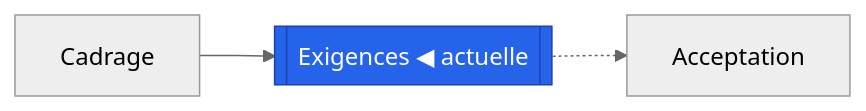
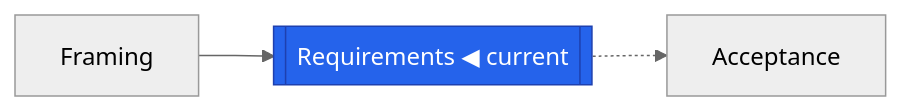
The first of 2 diagrams in docs/preview-probe.md (ng-galien/spec-loop), drawn with Mermaid (neutral theme) before and after one commit. The commit also changed other lines of this file and 54 other files, not shown here.

First line of the commit message:
Everything in English: templates, labels, file names, schema, method, FEAT-001

````diff
--- a/docs/preview-probe.md
+++ b/docs/preview-probe.md
@@ -77,6 +77,6 @@
 ```mermaid
 flowchart LR
-  a["Cadrage"] --> b[["Exigences ◀ actuelle"]] -.-> c["Acceptation"]
+  a["Framing"] --> b[["Requirements ◀ current"]] -.-> c["Acceptance"]
   classDef now fill:#2563eb,stroke:#1e40af,color:#ffffff
   class b now
 ```
````
